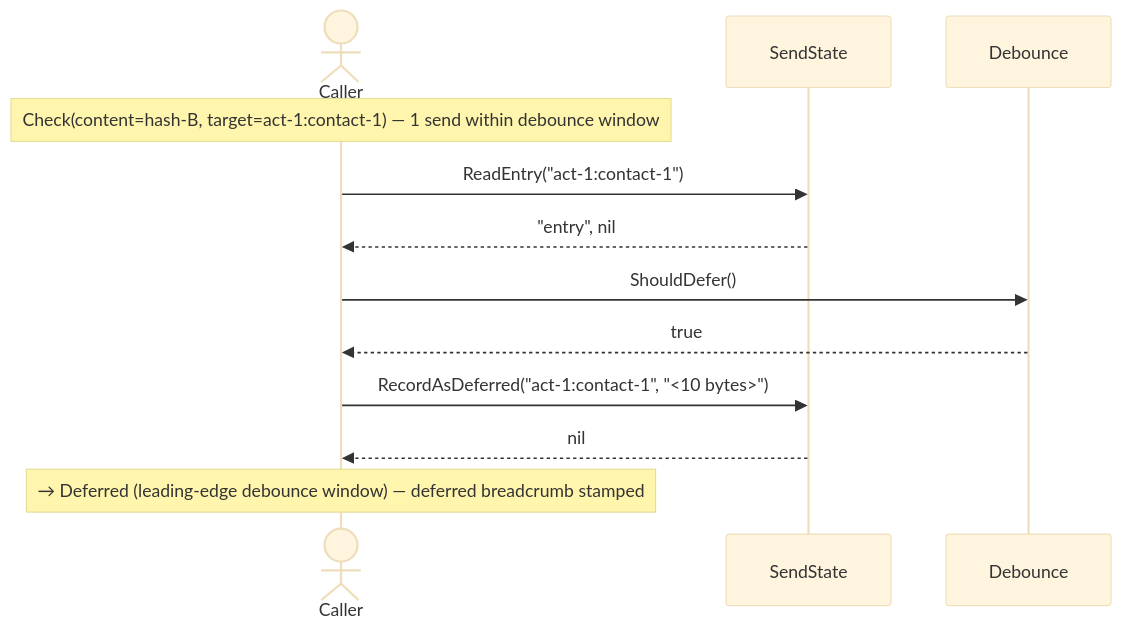
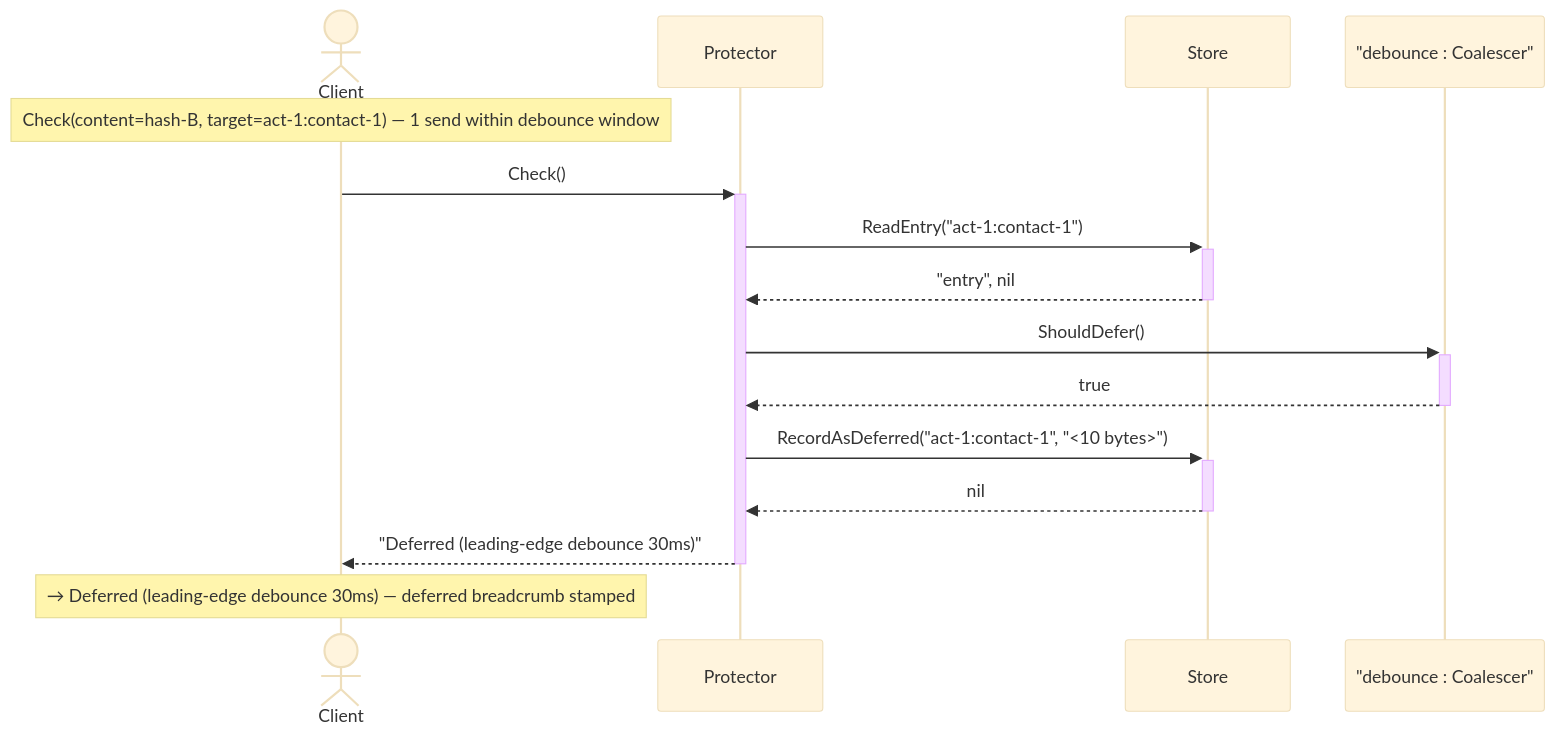
Before and after one commit to homemade/pith: the third of 6 diagrams in protect/sequence_test.md, drawn with Mermaid (base theme). The commit also changed other lines of this file and 18 other files, not shown here.

````diff
--- a/protect/sequence_test.md
+++ b/protect/sequence_test.md
@@ -44,15 +52,18 @@
 ```mermaid
 sequenceDiagram
-    actor C as Caller
-    participant SendState
-    participant Debounce
+    actor Client
+    participant Protector
+    participant Store
+    participant Debounce as "debounce : Coalescer"
 
-    Note over C: Check(content=hash-B, target=act-1:contact-1) — 1 send within debounce window
-    C->>SendState: ReadEntry("act-1:contact-1")
-    SendState-->>C: "entry", nil
-    C->>Debounce: ShouldDefer()
-    Debounce-->>C: true
-    C->>SendState: RecordAsDeferred("act-1:contact-1", "<10 bytes>")
-    SendState-->>C: nil
-    Note over C: → Deferred (leading-edge debounce window) — deferred breadcrumb stamped
+    Note over Client: Check(content=hash-B, target=act-1:contact-1) — 1 send within debounce window
+    Client->>+Protector: Check()
+    Protector->>+Store: ReadEntry("act-1:contact-1")
+    Store-->>-Protector: "entry", nil
+    Protector->>+Debounce: ShouldDefer()
+    Debounce-->>-Protector: true
+    Protector->>+Store: RecordAsDeferred("act-1:contact-1", "<10 bytes>")
+    Store-->>-Protector: nil
+    Protector-->>-Client: "Deferred (leading-edge debounce 30ms)"
+    Note over Client: → Deferred (leading-edge debounce 30ms) — deferred breadcrumb stamped
 ```
````
